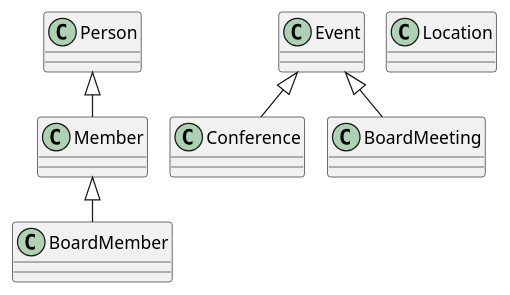
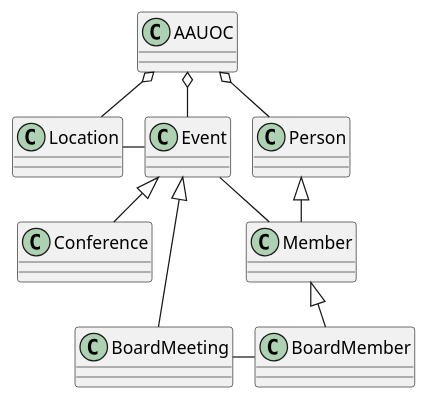
One commit to pacoFlorido/UMLClasesPacoFlorido changed the diagram in src/UML.puml. Above: the diagram before and after it, drawn with PlantUML.

Commit message:
Acabando modelo de datos

```diff
--- a/src/UML.puml
+++ b/src/UML.puml
@@ -1,25 +1,36 @@
 @startuml
 
 !pragma layout smetana
 
 class Member
 
 class BoardMember
 
 class Event
 
 class Conference
 
 class BoardMeeting
 
 class Location
 
 class Person
 
+class AAUOC
+
 Event <|-- Conference
 Event <|-- BoardMeeting
 
 Person <|-- Member
 Member <|-- BoardMember
 
+Location - Event
+
+AAUOC o-- Location
+AAUOC o-- Event
+AAUOC o-- Person
+
+BoardMeeting - BoardMember
+
+Event - Member
 @enduml
```
